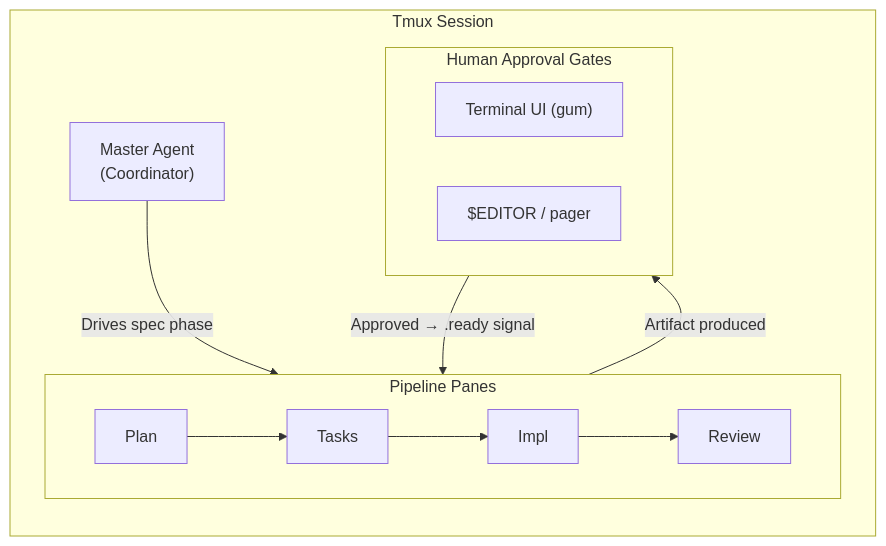
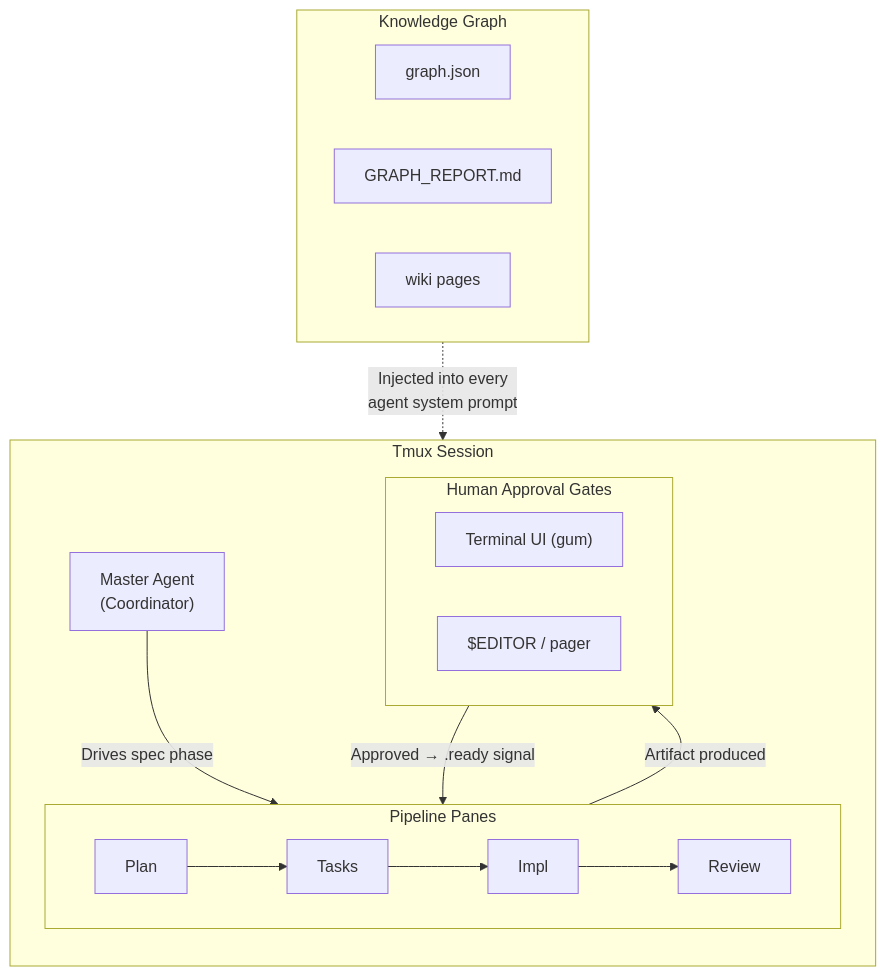
One commit to weprodev/FlowAI changed the second of 3 diagrams in docs/ARCHITECTURE.md. Above: the diagram before and after it, drawn with Mermaid. The commit also changed other lines of this file and 24 other files, not shown here.

Commit message:
feat: implement graph versioning with rollback, add event logging, and update documentation

````diff
--- a/docs/ARCHITECTURE.md
+++ b/docs/ARCHITECTURE.md
@@ -16,22 +24,31 @@
 ```mermaid
 flowchart TD
     subgraph Session["Tmux Session"]
         direction TB
         Master["Master Agent\n(Coordinator)"]
 
         subgraph Phases["Pipeline Panes"]
             direction LR
             Plan --> Tasks --> Impl --> Review
         end
 
         Master -->|"Drives spec phase"| Phases
 
         subgraph Gates["Human Approval Gates"]
             Gum["Terminal UI (gum)"]
             Editor["$EDITOR / pager"]
         end
 
         Phases -->|"Artifact produced"| Gates
         Gates -->|"Approved → .ready signal"| Phases
     end
+
+    subgraph KG["Knowledge Graph"]
+        direction LR
+        GraphJSON["graph.json"]
+        Report["GRAPH_REPORT.md"]
+        Wiki["wiki pages"]
+    end
+
+    KG -.->|"Injected into every\nagent system prompt"| Session
 ```
````
